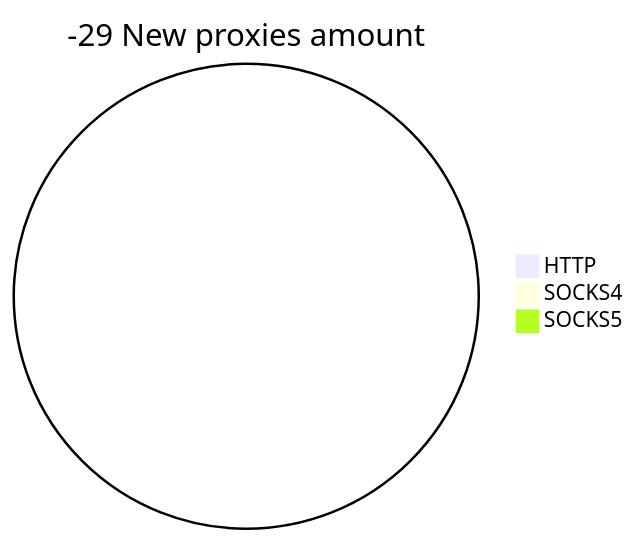
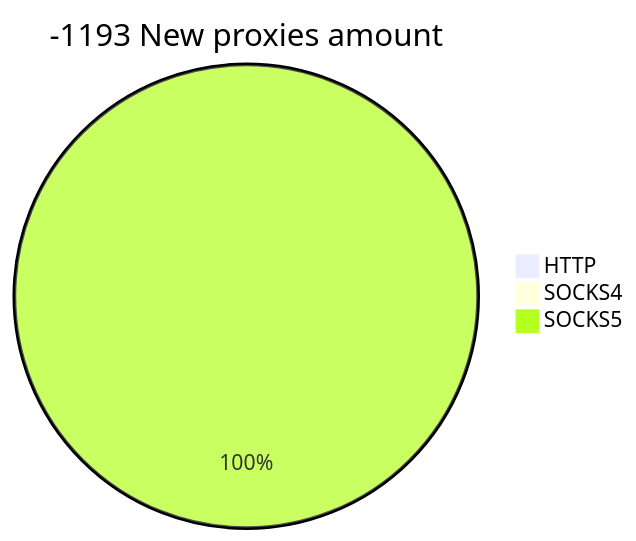
One commit to cutipu/proxylist changed the second of 2 diagrams in README.md. Above: the diagram before and after it, drawn with Mermaid. The commit also changed other lines of this file, not shown here.

````diff
--- a/README.md
+++ b/README.md
@@ -10,6 +10,6 @@
 ```mermaid
-pie title -29 New proxies amount
+pie title -1193 New proxies amount
     "HTTP" : 0
     "SOCKS4" : 0
-    "SOCKS5" : 0
+    "SOCKS5" : 50
 ```
````
